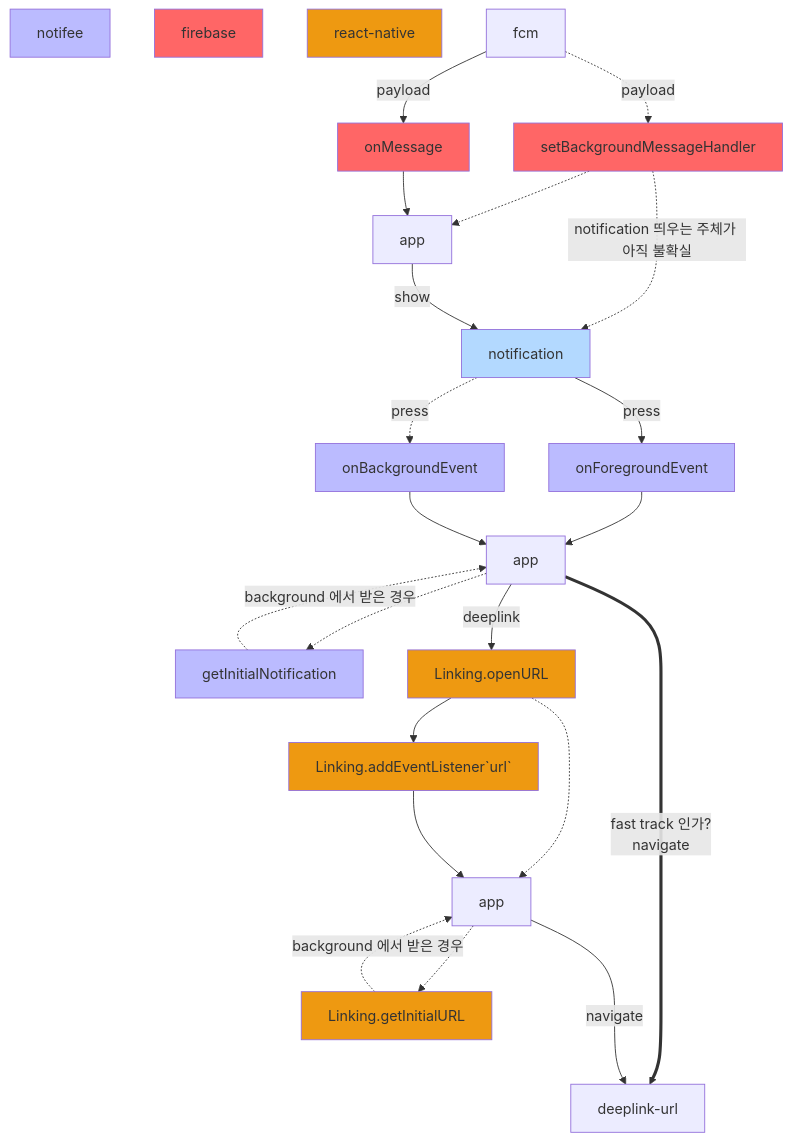
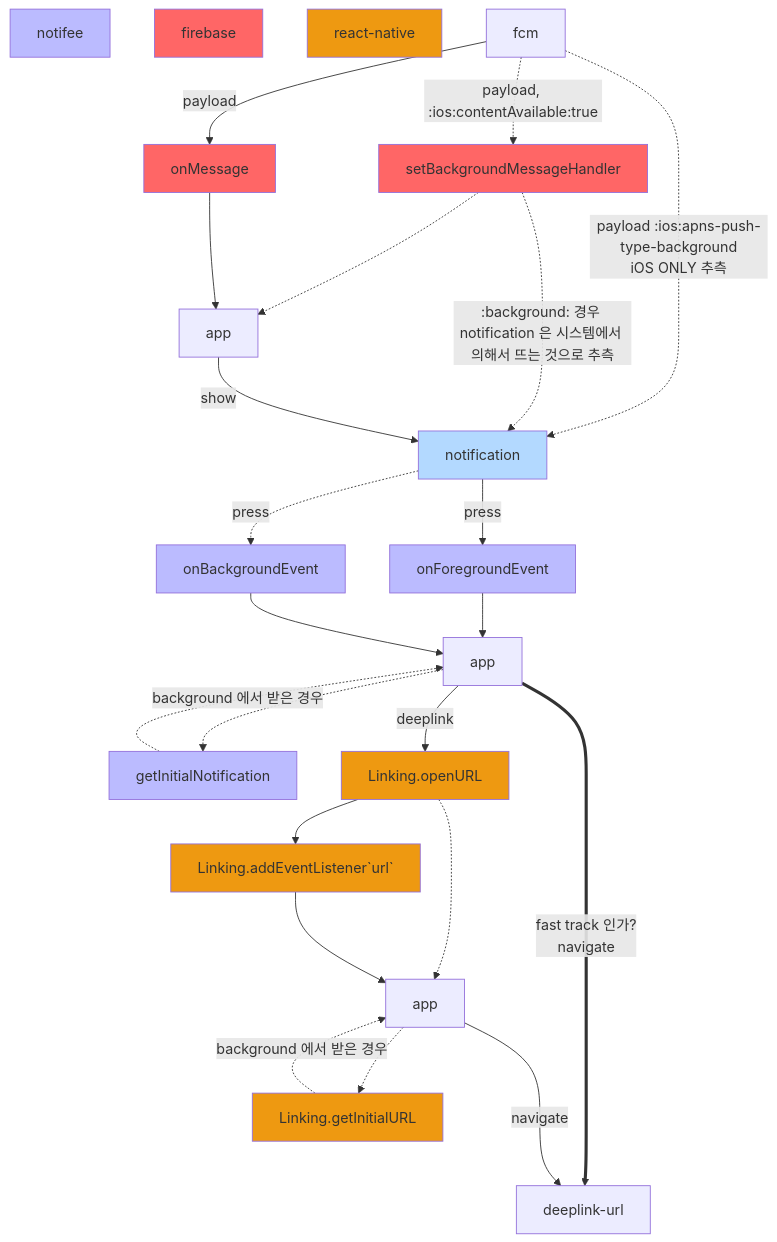
Before and after one commit to deptno/public-wiki: the first of 4 diagrams in push-notification.md, drawn with Mermaid. The commit also changed other lines of this file and 2 other files, not shown here.

Commit message:
background push notification

````diff
--- a/push-notification.md
+++ b/push-notification.md
@@ -14,44 +22,45 @@
 ```mermaid
 flowchart
   style notifee fill:#bbf
   style firebase fill:#f66
   style react-native fill:#e91
 
   fcm --payload--> onMessage
-  fcm -.payload.-> setBackgroundMessageHandler
+  fcm -.payload, :ios:contentAvailable:true\n.-> setBackgroundMessageHandler
+  fcm -.payload :ios:apns-push-type-background\niOS ONLY 추측.-> notification
 
   setBackgroundMessageHandler -.-> app
-  setBackgroundMessageHandler -.notification 띄우는 주체가 아직 불확실.-> notification
+  setBackgroundMessageHandler -.:background: 경우 notification 은 시스템에서 의해서 뜨는 것으로 추측.-> notification
   onMessage --> app
 
   app --show--> notification
   notification --press--> onForegroundEvent
   notification -.press.-> onBackgroundEvent
 
   onForegroundEvent --> app2[app]
   onBackgroundEvent --> app2[app]
 
   app2 -.-> getInitialNotification -.background 에서 받은 경우.-> app2 
   app2 --deeplink--> Linking.openURL
   app2 ==fast track 인가?\nnavigate==> deeplink-url
 
   Linking.openURL --> Linking.addEventListener`url`
   Linking.openURL -.-> app3[app]
 
   Linking.addEventListener`url` --> app3[app]
   app3 -.-> Linking.getInitialURL -.background 에서 받은 경우.-> app3[app]
 
   app3 --navigate---> deeplink-url
 
   style notification fill:#b3d9ff
   style onForegroundEvent fill:#bbf
   style onBackgroundEvent fill:#bbf
   style getInitialNotification fill:#bbf
 
   style onMessage fill:#f66
   style setBackgroundMessageHandler fill:#f66
 
   style Linking.openURL fill:#e91
   style Linking.addEventListener`url` fill:#e91
   style Linking.getInitialURL fill:#e91
 ```
````
